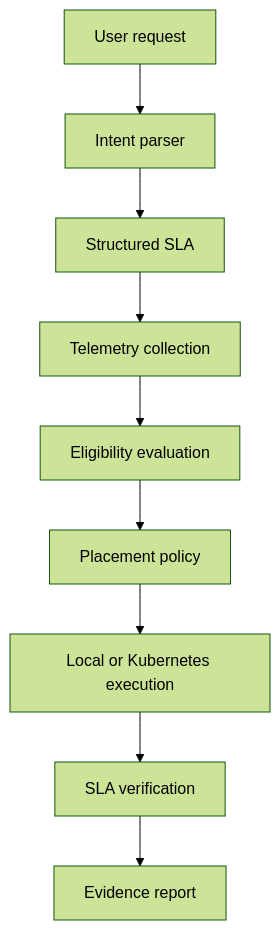
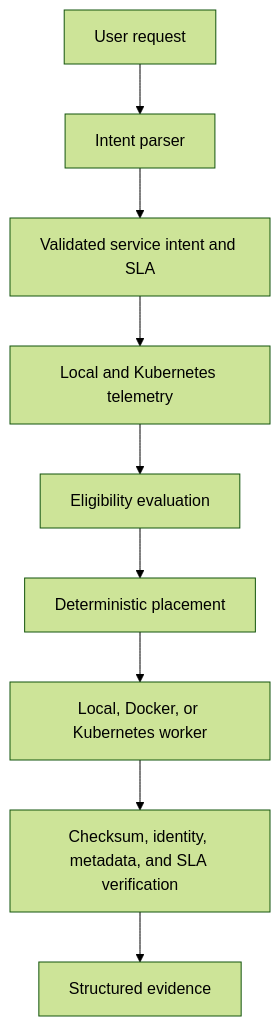
The diagram in README.md (Dionisis09/AION-6G), drawn with Mermaid (forest theme) before and after one commit. The commit also changed other lines of this file and 38 other files, not shown here.

````diff
--- a/README.md
+++ b/README.md
@@ -28,11 +30,11 @@
 ```mermaid
 flowchart TD
     A[User request] --> B[Intent parser]
-    B --> C[Structured SLA]
-    C --> D[Telemetry collection]
+    B --> C[Validated service intent and SLA]
+    C --> D[Local and Kubernetes telemetry]
     D --> E[Eligibility evaluation]
-    E --> F[Placement policy]
-    F --> G[Local or Kubernetes execution]
-    G --> H[SLA verification]
-    H --> I[Evidence report]
+    E --> F[Deterministic placement]
+    F --> G[Local, Docker, or Kubernetes worker]
+    G --> H[Checksum, identity, metadata, and SLA verification]
+    H --> I[Structured evidence]
 ```
````
